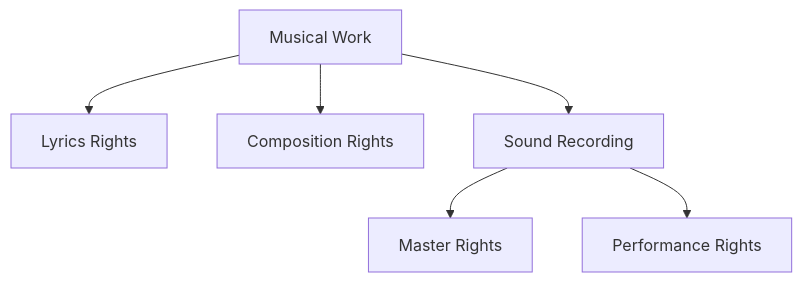
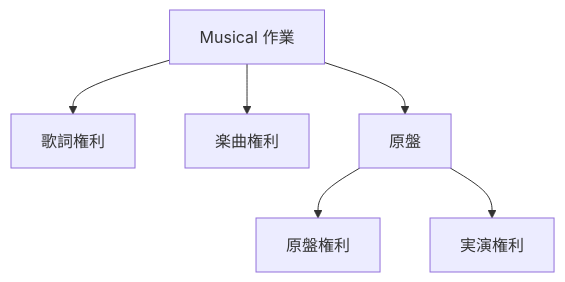
One commit to ShigeichiroYamasaki/creator-first-platform changed the second of 5 diagrams in docs/adr/ADR-0003-rights-registry.md. Above: the diagram before and after it, drawn with Mermaid. The commit also changed other lines of this file and 72 other files, not shown here.

````diff
--- a/docs/adr/ADR-0003-rights-registry.md
+++ b/docs/adr/ADR-0003-rights-registry.md
@@ -131,15 +131,15 @@
 ```mermaid
 flowchart TD
-    WORK[Musical Work]
-    LYRICS[Lyrics Rights]
-    COMP[Composition Rights]
-    RECORDING[Sound Recording]
-    MASTER[Master Rights]
-    PERFORMANCE[Performance Rights]
+    WORK[Musical 作業]
+    LYRICS[歌詞権利]
+    COMP[楽曲権利]
+    RECORDING[原盤]
+    MASTER[原盤権利]
+    PERFORMANCE[実演権利]
 
     WORK --> LYRICS
     WORK --> COMP
     WORK --> RECORDING
     RECORDING --> MASTER
     RECORDING --> PERFORMANCE
 ```
````
